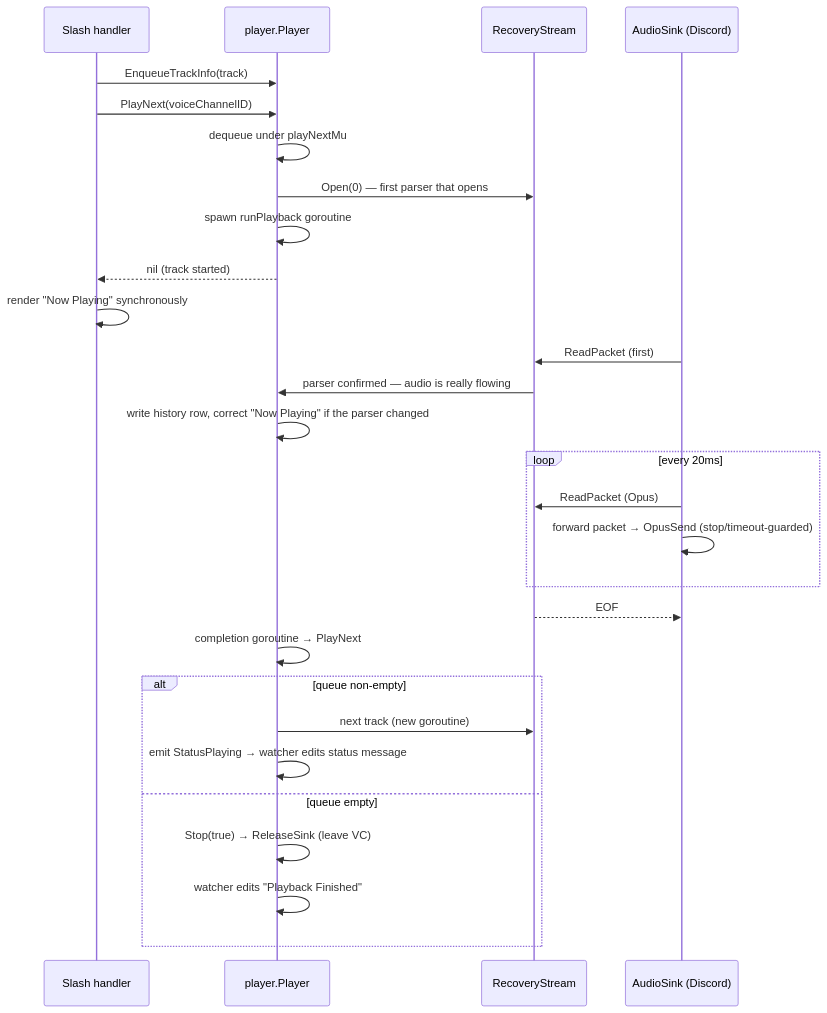
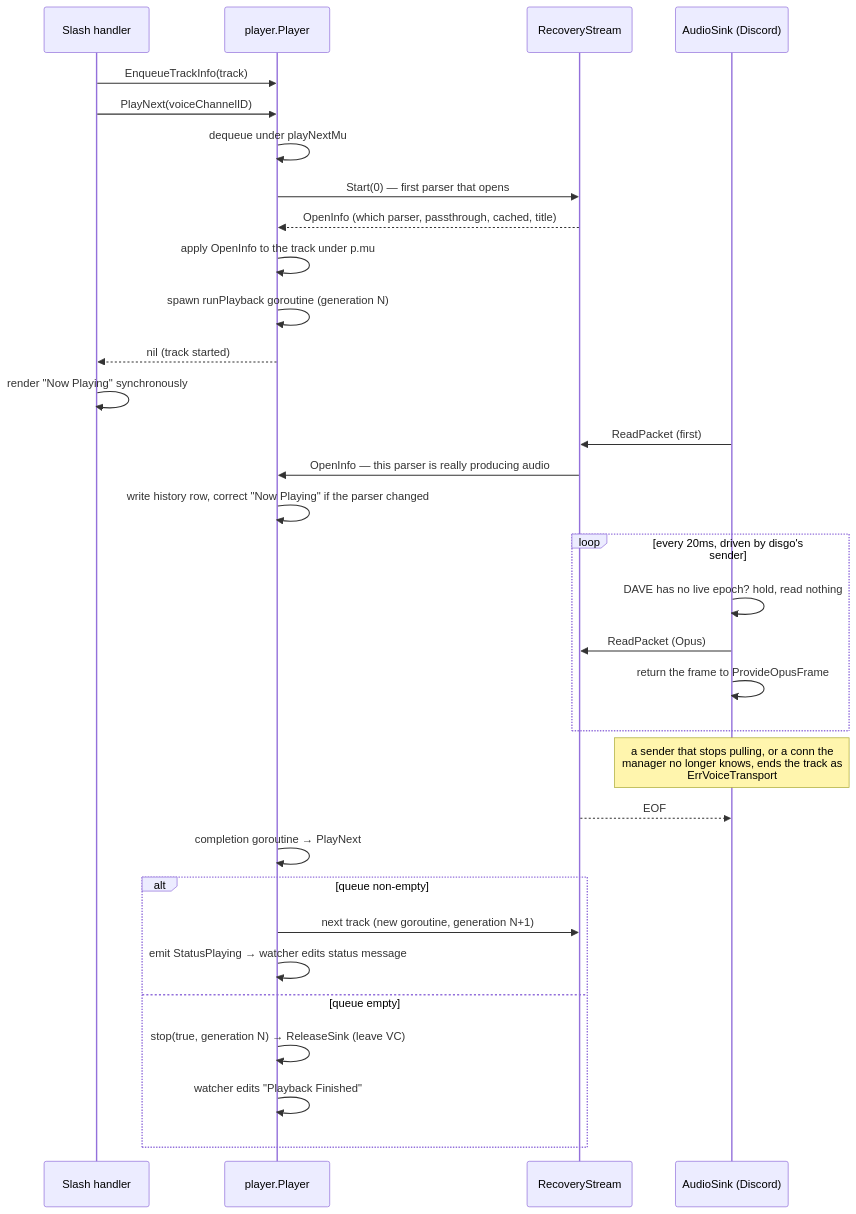
The second of 2 diagrams in docs/architecture.md (keshon/melodix), drawn with Mermaid before and after one commit. The commit also changed 8 other files, not shown here.

````diff
--- a/docs/architecture.md
+++ b/docs/architecture.md
@@ -277,30 +277,34 @@
 ```mermaid
 sequenceDiagram
   participant H as Slash handler
   participant P as player.Player
   participant RS as RecoveryStream
   participant S as AudioSink (Discord)
   H->>P: EnqueueTrackInfo(track)
   H->>P: PlayNext(voiceChannelID)
   P->>P: dequeue under playNextMu
-  P->>RS: Open(0) — first parser that opens
-  P->>P: spawn runPlayback goroutine
+  P->>RS: Start(0) — first parser that opens
+  RS-->>P: OpenInfo (which parser, passthrough, cached, title)
+  P->>P: apply OpenInfo to the track under p.mu
+  P->>P: spawn runPlayback goroutine (generation N)
   P-->>H: nil (track started)
   H->>H: render "Now Playing" synchronously
   S->>RS: ReadPacket (first)
-  RS->>P: parser confirmed — audio is really flowing
+  RS->>P: OpenInfo — this parser is really producing audio
   P->>P: write history row, correct "Now Playing" if the parser changed
-  loop every 20ms
+  loop every 20ms, driven by disgo's sender
+    S->>S: DAVE has no live epoch? hold, read nothing
     S->>RS: ReadPacket (Opus)
-    S->>S: forward packet → OpusSend (stop/timeout-guarded)
+    S->>S: return the frame to ProvideOpusFrame
   end
+  Note over S: a sender that stops pulling, or a conn the<br/>manager no longer knows, ends the track as<br/>ErrVoiceTransport
   RS-->>S: EOF
   P->>P: completion goroutine → PlayNext
   alt queue non-empty
-    P->>RS: next track (new goroutine)
+    P->>RS: next track (new goroutine, generation N+1)
     P->>P: emit StatusPlaying → watcher edits status message
   else queue empty
-    P->>P: Stop(true) → ReleaseSink (leave VC)
+    P->>P: stop(true, generation N) → ReleaseSink (leave VC)
     P->>P: watcher edits "Playback Finished"
   end
 ```
````
